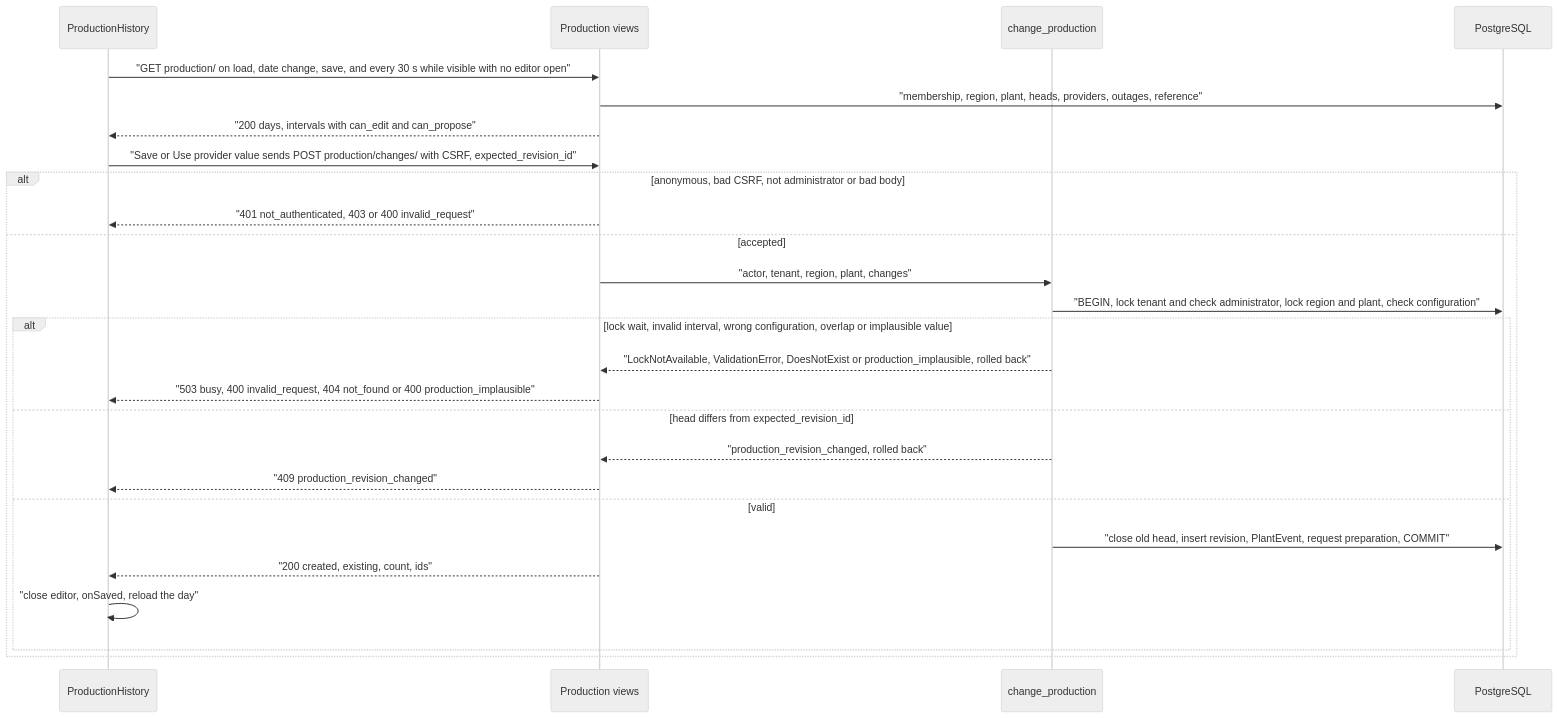
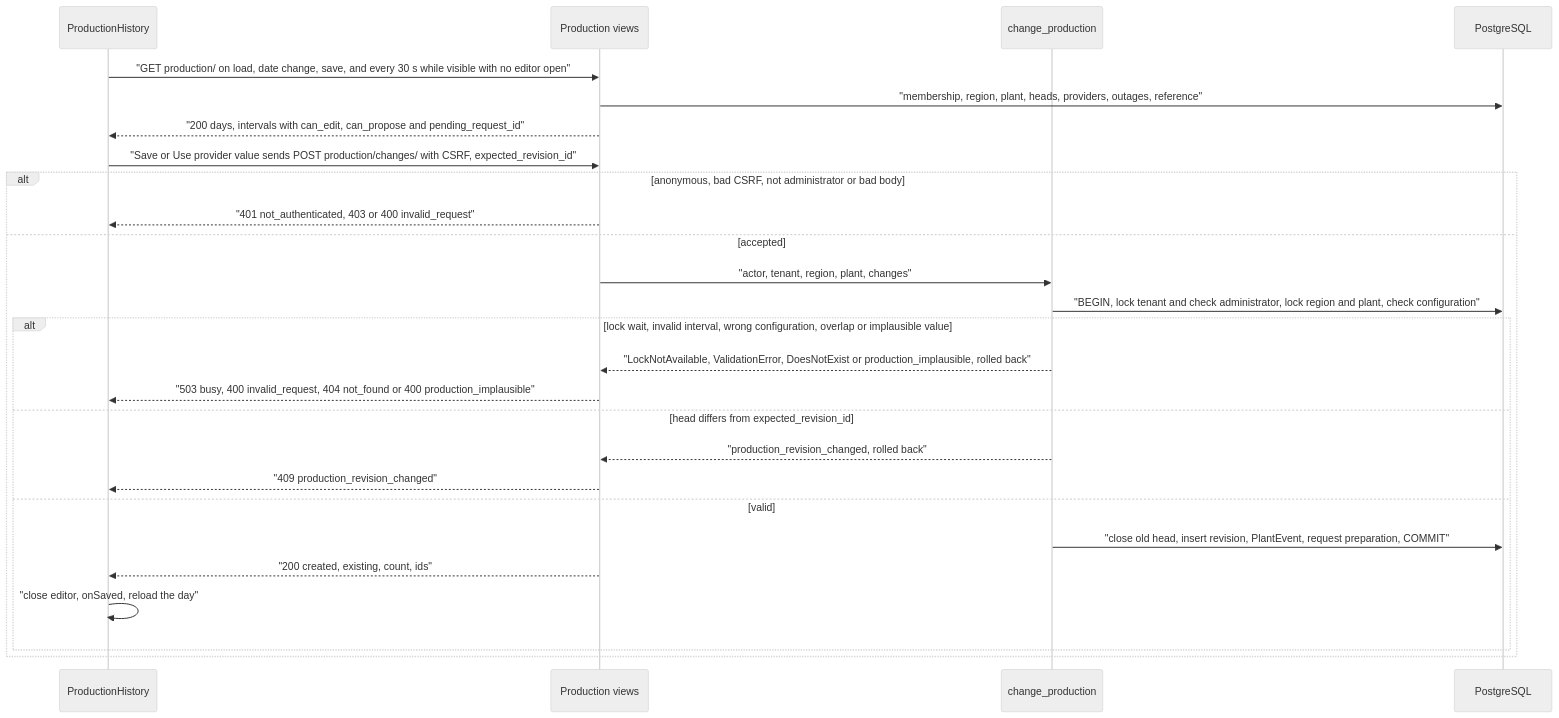
One commit to erkurtharun/pyracast changed the diagram in docs/flows/production-history.md. Above: the diagram before and after it, drawn with Mermaid (neutral theme). The commit also changed other lines of this file and 67 other files, not shown here.

````diff
--- a/docs/flows/production-history.md
+++ b/docs/flows/production-history.md
@@ -14,28 +14,28 @@
 ```mermaid
 sequenceDiagram
     participant UI as ProductionHistory
     participant API as Production views
     participant Op as change_production
     participant DB as PostgreSQL
     UI->>API: "GET production/ on load, date change, save, and every 30 s while visible with no editor open"
     API->>DB: "membership, region, plant, heads, providers, outages, reference"
-    API-->>UI: "200 days, intervals with can_edit and can_propose"
+    API-->>UI: "200 days, intervals with can_edit, can_propose and pending_request_id"
     UI->>API: "Save or Use provider value sends POST production/changes/ with CSRF, expected_revision_id"
     alt anonymous, bad CSRF, not administrator or bad body
         API-->>UI: "401 not_authenticated, 403 or 400 invalid_request"
     else accepted
         API->>Op: "actor, tenant, region, plant, changes"
         Op->>DB: "BEGIN, lock tenant and check administrator, lock region and plant, check configuration"
         alt lock wait, invalid interval, wrong configuration, overlap or implausible value
             Op-->>API: "LockNotAvailable, ValidationError, DoesNotExist or production_implausible, rolled back"
             API-->>UI: "503 busy, 400 invalid_request, 404 not_found or 400 production_implausible"
         else head differs from expected_revision_id
             Op-->>API: "production_revision_changed, rolled back"
             API-->>UI: "409 production_revision_changed"
         else valid
             Op->>DB: "close old head, insert revision, PlantEvent, request preparation, COMMIT"
             API-->>UI: "200 created, existing, count, ids"
             UI->>UI: "close editor, onSaved, reload the day"
         end
     end
 ```
````
